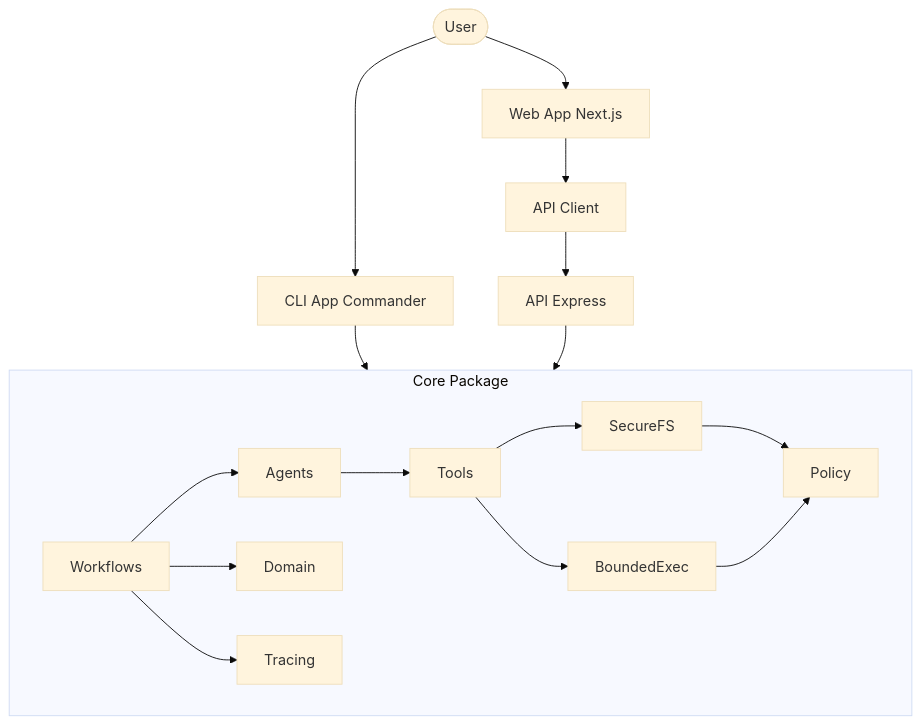
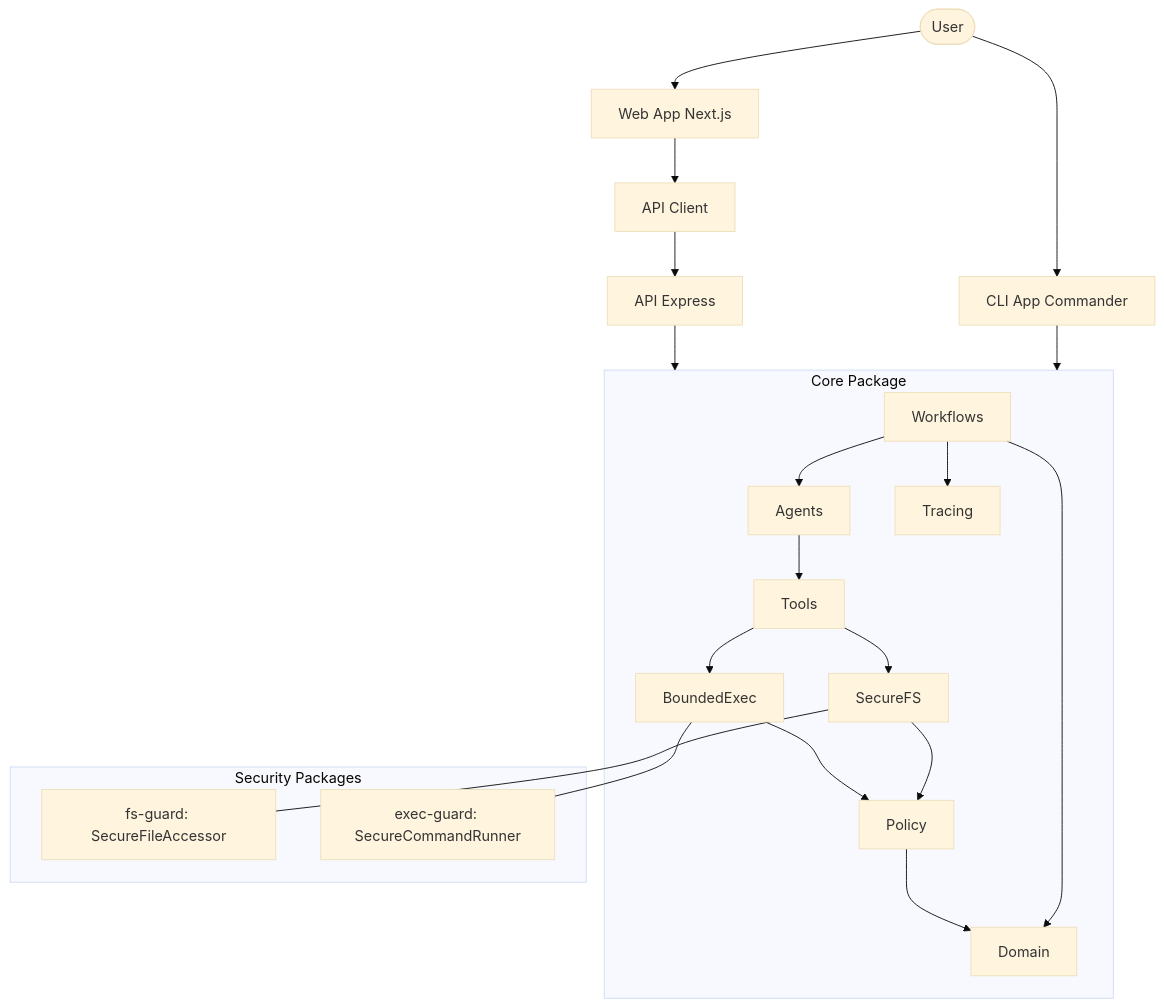
Before and after one commit to JasonTM17/RepoMedic_AI: the diagram in docs/architecture.md, drawn with Mermaid (base theme). The commit also changed other lines of this file and 3 other files, not shown here.

````diff
--- a/docs/architecture.md
+++ b/docs/architecture.md
@@ -33,20 +36,27 @@
 ```mermaid
 flowchart TD
     User([User]) --> Web[Web App Next.js]
     User --> CLI[CLI App Commander]
     Web --> APIClient[API Client]
     APIClient --> API[API Express]
     CLI --> Core
     API --> Core
 
     subgraph Core[Core Package]
         Workflows --> Agents
         Agents --> Tools
         Tools --> SecureFS
         Tools --> BoundedExec
         SecureFS --> Policy
         BoundedExec --> Policy
         Workflows --> Domain
         Workflows --> Tracing
     end
+
+    subgraph Guards[Security Packages]
+        SecureFS --- FsGuard[fs-guard: SecureFileAccessor]
+        BoundedExec --- ExecGuard[exec-guard: SecureCommandRunner]
+    end
+
+    Policy --> Domain
 ```
````
